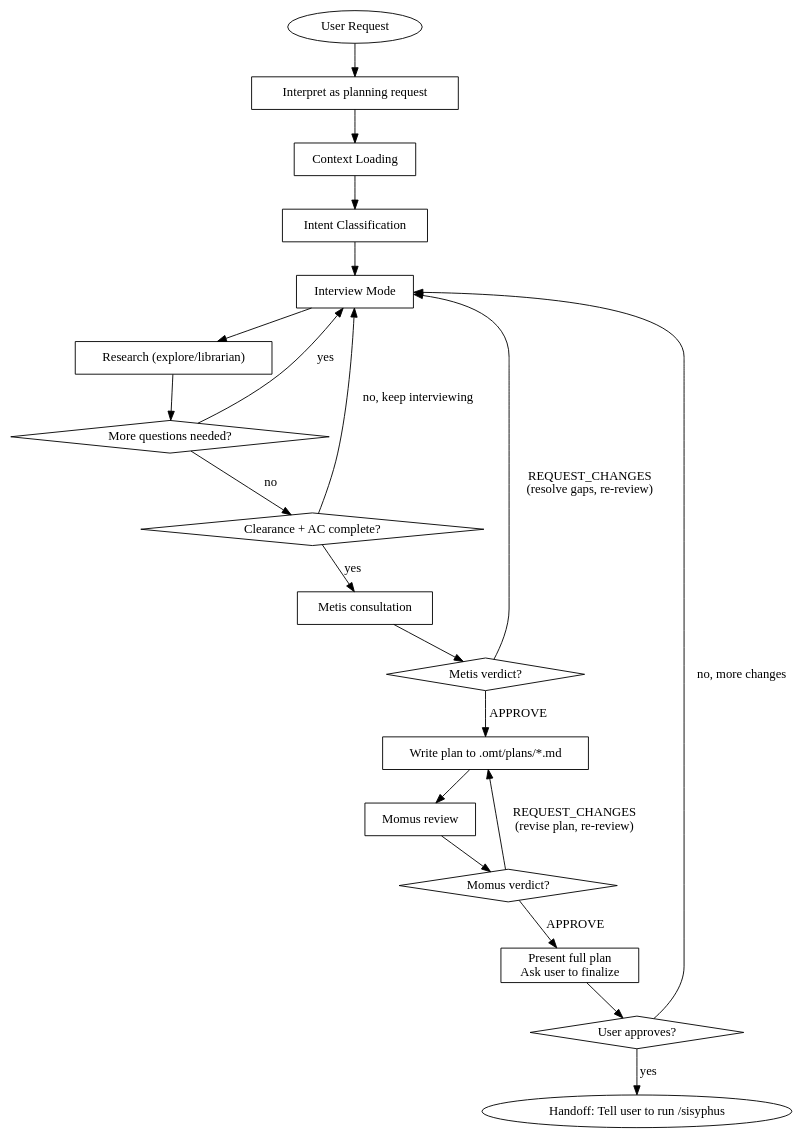
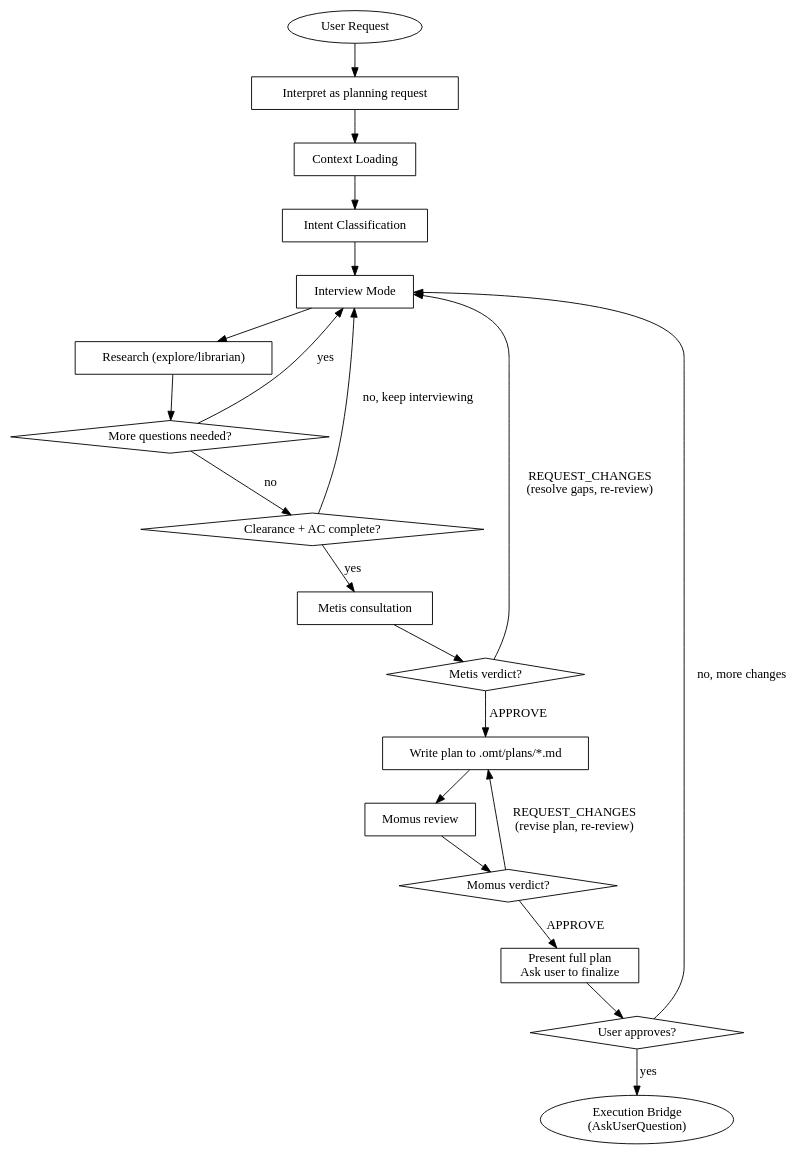
One commit to toongri/oh-my-toong-playground changed the diagram in skills/prometheus/SKILL.md. Above: the diagram before and after it, drawn with Graphviz. The commit also changed other lines of this file, not shown here.

Commit message:
feat: prometheus Execution Bridge 추가

````diff
--- a/skills/prometheus/SKILL.md
+++ b/skills/prometheus/SKILL.md
@@ -51,42 +51,42 @@
 ```dot
 digraph prometheus_flow {
     rankdir=TB;
     "User Request" [shape=ellipse];
     "Interpret as planning request" [shape=box];
     "Context Loading" [shape=box];
     "Intent Classification" [shape=box];
     "Interview Mode" [shape=box];
     "Research (explore/librarian)" [shape=box];
     "More questions needed?" [shape=diamond];
     "Clearance + AC complete?" [shape=diamond];
     "Metis consultation" [shape=box];
     "Metis verdict?" [shape=diamond];
     "Write plan to .omt/plans/*.md" [shape=box];
     "Momus review" [shape=box];
     "Momus verdict?" [shape=diamond];
     "Present full plan\nAsk user to finalize" [shape=box];
     "User approves?" [shape=diamond];
-    "Handoff: Tell user to run /sisyphus" [shape=ellipse];
+    "Execution Bridge\n(AskUserQuestion)" [shape=ellipse];
 
     "User Request" -> "Interpret as planning request";
     "Interpret as planning request" -> "Context Loading";
     "Context Loading" -> "Intent Classification";
     "Intent Classification" -> "Interview Mode";
     "Interview Mode" -> "Research (explore/librarian)";
     "Research (explore/librarian)" -> "More questions needed?";
     "More questions needed?" -> "Interview Mode" [label="yes"];
     "More questions needed?" -> "Clearance + AC complete?" [label="no"];
     "Clearance + AC complete?" -> "Interview Mode" [label="no, keep interviewing"];
     "Clearance + AC complete?" -> "Metis consultation" [label="yes"];
     "Metis consultation" -> "Metis verdict?";
     "Metis verdict?" -> "Interview Mode" [label="REQUEST_CHANGES\n(resolve gaps, re-review)"];
     "Metis verdict?" -> "Write plan to .omt/plans/*.md" [label="APPROVE"];
     "Write plan to .omt/plans/*.md" -> "Momus review";
     "Momus review" -> "Momus verdict?";
     "Momus verdict?" -> "Write plan to .omt/plans/*.md" [label="REQUEST_CHANGES\n(revise plan, re-review)"];
     "Momus verdict?" -> "Present full plan\nAsk user to finalize" [label="APPROVE"];
     "Present full plan\nAsk user to finalize" -> "User approves?";
     "User approves?" -> "Interview Mode" [label="no, more changes"];
-    "User approves?" -> "Handoff: Tell user to run /sisyphus" [label="yes"];
+    "User approves?" -> "Execution Bridge\n(AskUserQuestion)" [label="yes"];
 }
 ```
````
